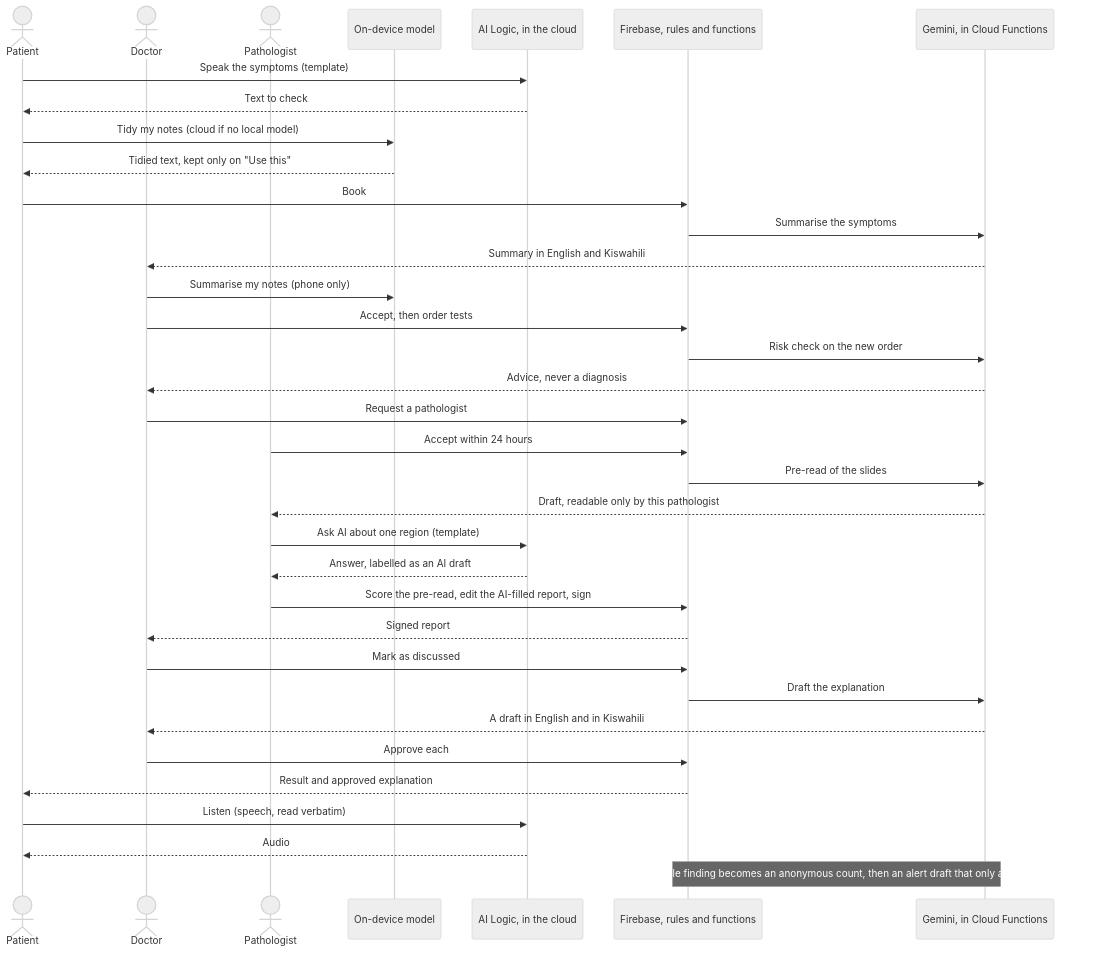
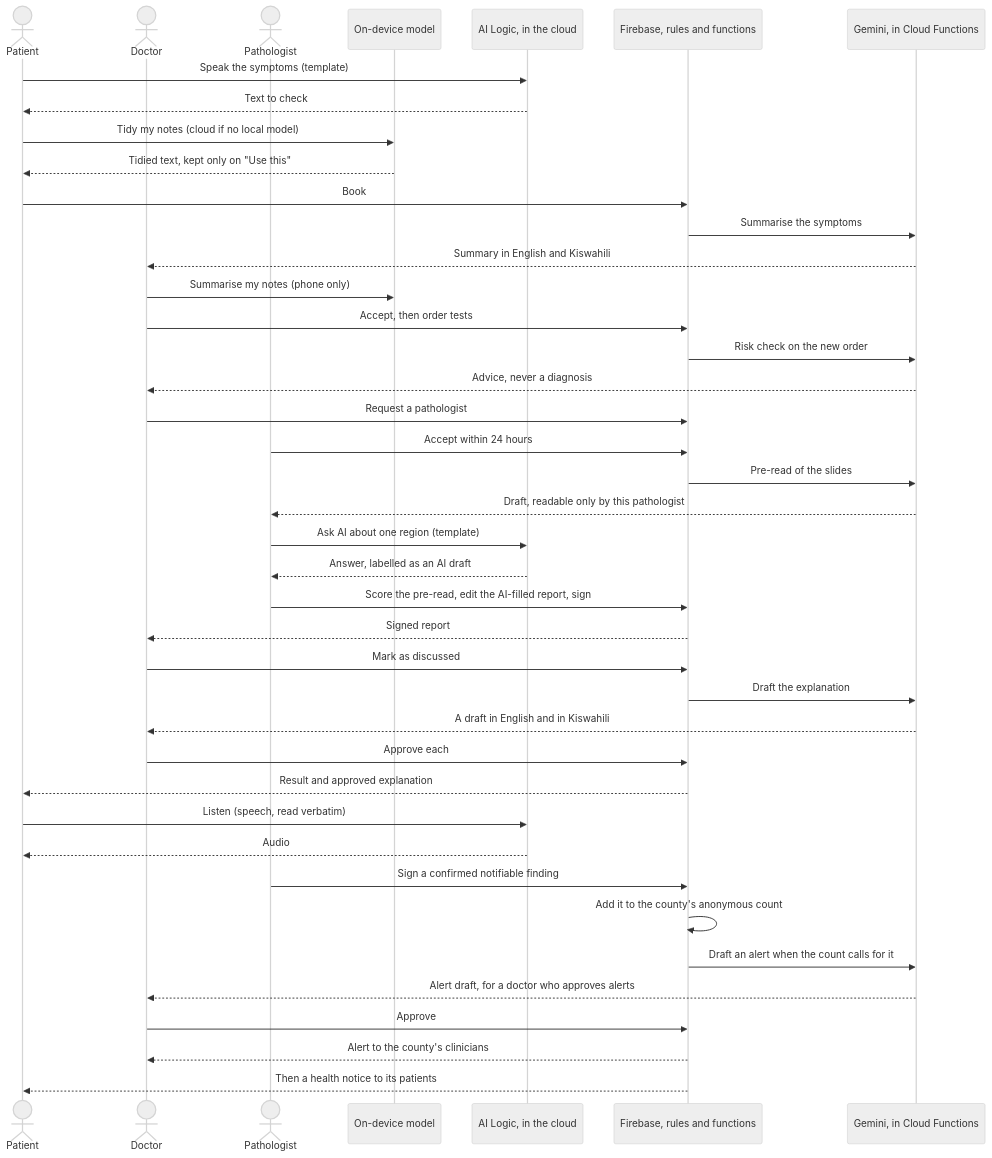
The diagram in README.md (Wauguzi/tabibu-firebase), drawn with Mermaid (neutral theme) before and after one commit.

Commit message:
docs(readme): the alert flow is drawn step by step in How it works
The diagram's closing note was wider than its box and clipped. The alert
now has its own steps: the signed finding, the county's anonymous count,
the draft, the approval, then clinicians and patients.

````diff
--- a/README.md
+++ b/README.md
@@ -115,38 +115,44 @@
 ```mermaid
 sequenceDiagram
     actor P as Patient
     actor D as Doctor
     actor X as Pathologist
     participant L as On-device model
     participant A as AI Logic, in the cloud
     participant F as Firebase, rules and functions
     participant G as Gemini, in Cloud Functions
 
     P->>A: Speak the symptoms (template)
     A-->>P: Text to check
     P->>L: Tidy my notes (cloud if no local model)
     L-->>P: Tidied text, kept only on "Use this"
     P->>F: Book
     F->>G: Summarise the symptoms
     G-->>D: Summary in English and Kiswahili
     D->>L: Summarise my notes (phone only)
     D->>F: Accept, then order tests
     F->>G: Risk check on the new order
     G-->>D: Advice, never a diagnosis
     D->>F: Request a pathologist
     X->>F: Accept within 24 hours
     F->>G: Pre-read of the slides
     G-->>X: Draft, readable only by this pathologist
     X->>A: Ask AI about one region (template)
     A-->>X: Answer, labelled as an AI draft
     X->>F: Score the pre-read, edit the AI-filled report, sign
     F-->>D: Signed report
     D->>F: Mark as discussed
     F->>G: Draft the explanation
     G-->>D: A draft in English and in Kiswahili
     D->>F: Approve each
     F-->>P: Result and approved explanation
     P->>A: Listen (speech, read verbatim)
     A-->>P: Audio
-    Note over F,G: A confirmed notifiable finding becomes an anonymous count, then an alert draft that only an approver releases
+    X->>F: Sign a confirmed notifiable finding
+    F->>F: Add it to the county's anonymous count
+    F->>G: Draft an alert when the count calls for it
+    G-->>D: Alert draft, for a doctor who approves alerts
+    D->>F: Approve
+    F-->>D: Alert to the county's clinicians
+    F-->>P: Then a health notice to its patients
 ```
````
